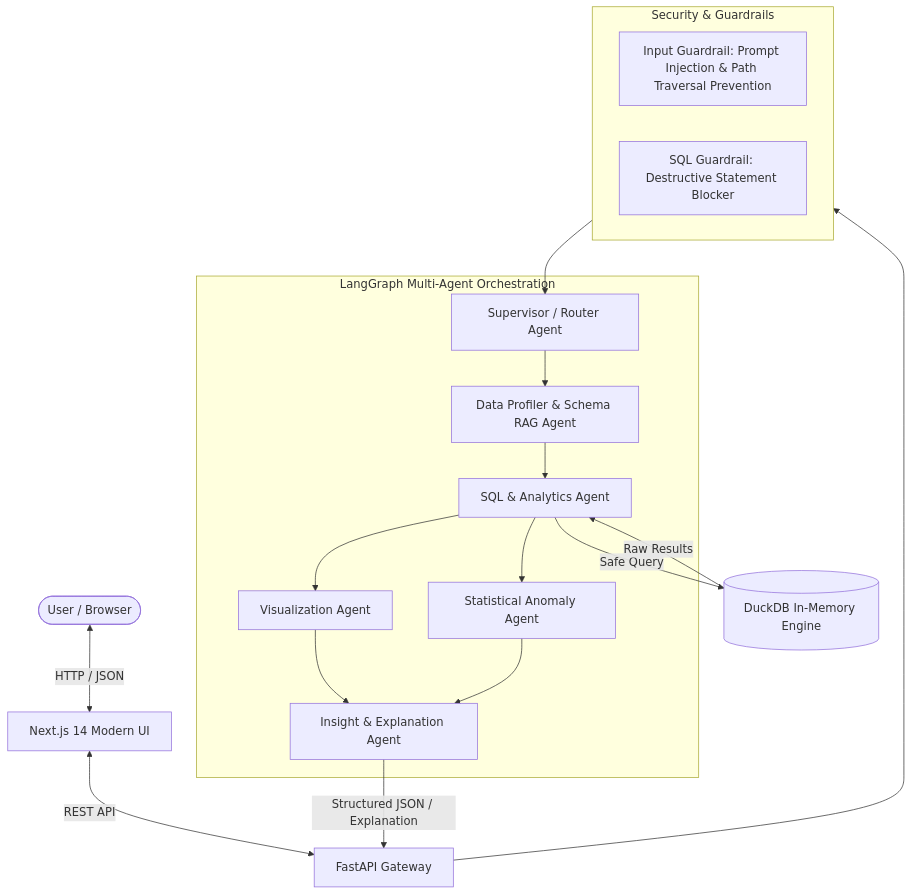
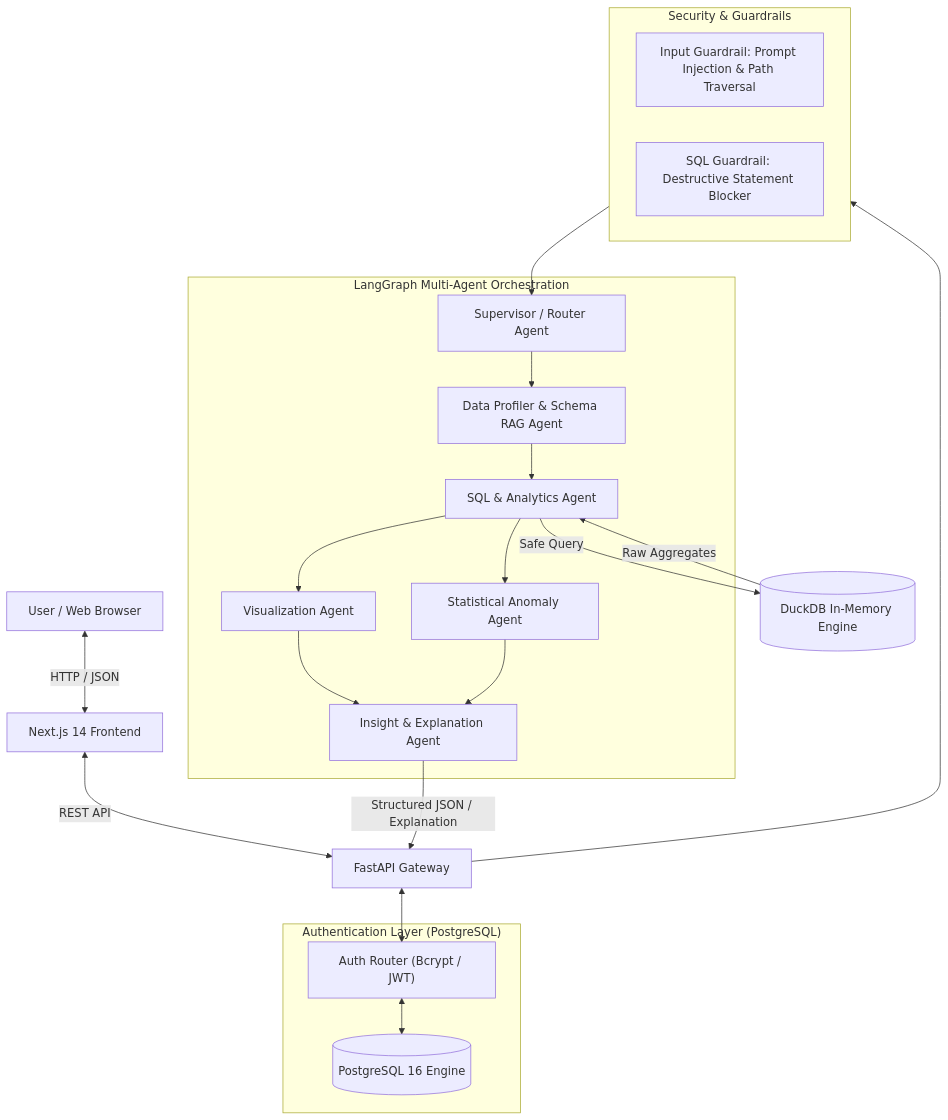
One commit to keerthan120/AI-DATA_ANALYST changed the diagram in README.md. Above: the diagram before and after it, drawn with Mermaid. The commit also changed other lines of this file and 23 other files, not shown here.

Commit message:
feat: complete professional redesign, PostgreSQL auth integration, compliance pages, and favicon

````diff
--- a/README.md
+++ b/README.md
@@ -32,32 +24,39 @@
 ```mermaid
 flowchart TD
-    User([User / Browser]) <-->|HTTP / JSON| Frontend[Next.js 14 Modern UI]
-    Frontend <-->|REST API| Gateway[FastAPI Gateway]
+    User["User / Web Browser"] <-->|"HTTP / JSON"| Frontend["Next.js 14 Frontend"]
+    Frontend <-->|"REST API"| Gateway["FastAPI Gateway"]
 
-    subgraph SecurityLayer [Security & Guardrails]
-        GuardIn[Input Guardrail: Prompt Injection & Path Traversal Prevention]
-        SQLGuard[SQL Guardrail: Destructive Statement Blocker]
+    subgraph AuthLayer ["Authentication Layer (PostgreSQL)"]
+        PG[("PostgreSQL 16 Engine")]
+        AuthService["Auth Router (Bcrypt / JWT)"]
     end
 
+    subgraph SecurityLayer ["Security & Guardrails"]
+        GuardIn["Input Guardrail: Prompt Injection & Path Traversal"]
+        SQLGuard["SQL Guardrail: Destructive Statement Blocker"]
+    end
+
+    Gateway <--> AuthService
+    AuthService <--> PG
     Gateway --> SecurityLayer
 
-    subgraph LangGraphEngine [LangGraph Multi-Agent Orchestration]
-        Supervisor[Supervisor / Router Agent]
-        Profiler[Data Profiler & Schema RAG Agent]
-        SQLAgent[SQL & Analytics Agent]
-        VizAgent[Visualization Agent]
-        AnomalyAgent[Statistical Anomaly Agent]
-        Synthesizer[Insight & Explanation Agent]
+    subgraph LangGraphEngine ["LangGraph Multi-Agent Orchestration"]
+        Supervisor["Supervisor / Router Agent"]
+        Profiler["Data Profiler & Schema RAG Agent"]
+        SQLAgent["SQL & Analytics Agent"]
+        VizAgent["Visualization Agent"]
+        AnomalyAgent["Statistical Anomaly Agent"]
+        Synthesizer["Insight & Explanation Agent"]
     end
 
     SecurityLayer --> Supervisor
     Supervisor --> Profiler
     Profiler --> SQLAgent
-    SQLAgent -->|Safe Query| DuckDB[(DuckDB In-Memory Engine)]
-    DuckDB -->|Raw Results| SQLAgent
+    SQLAgent -->|"Safe Query"| DuckDB[("DuckDB In-Memory Engine")]
+    DuckDB -->|"Raw Aggregates"| SQLAgent
     SQLAgent --> VizAgent
     SQLAgent --> AnomalyAgent
     VizAgent --> Synthesizer
     AnomalyAgent --> Synthesizer
-    Synthesizer -->|Structured JSON / Explanation| Gateway
+    Synthesizer -->|"Structured JSON / Explanation"| Gateway
 ```
````
